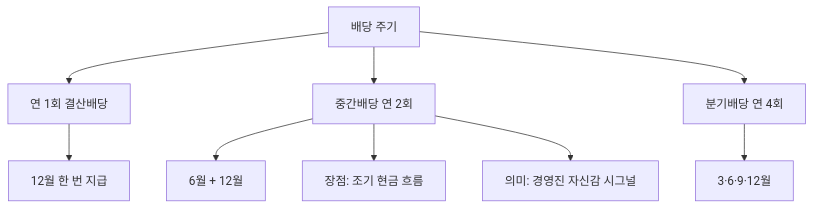
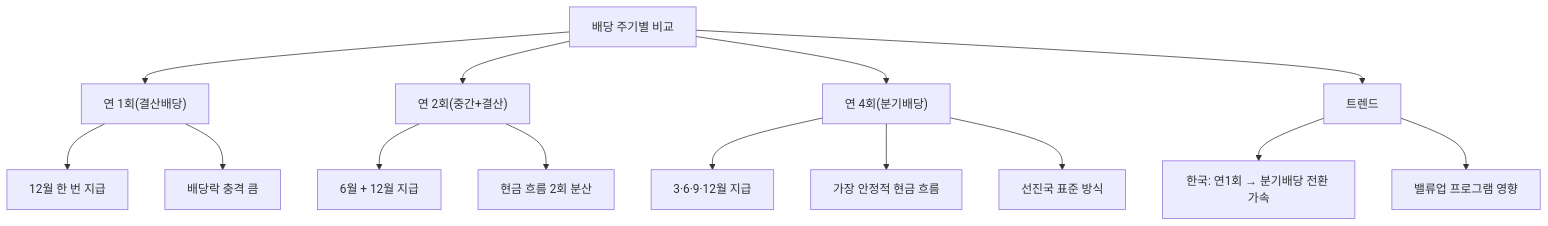
Before and after one commit to yeongseon/stock-visual-note: the diagram in content/stock-terms/ko/level-06-events/interim-dividend.md, drawn with Mermaid. The commit also changed other lines of this file and 1 other file, not shown here.

Commit message:
content: rewrite ex-rights.md, interim-dividend.md — 증자 시나리오·분기배당 캘린더 확장, 13노드 Mermaid

````diff
--- a/content/stock-terms/ko/level-06-events/interim-dividend.md
+++ b/content/stock-terms/ko/level-06-events/interim-dividend.md
@@ -39,12 +47,17 @@
 ```mermaid
 graph TD
-    A["배당 주기"]
-    A --> B["연 1회 결산배당"]
-    A --> C["중간배당 연 2회"]
-    A --> D["분기배당 연 4회"]
+    A["배당 주기별 비교"]
+    A --> B["연 1회(결산배당)"]
+    A --> C["연 2회(중간+결산)"]
+    A --> D["연 4회(분기배당)"]
     B --> B1["12월 한 번 지급"]
-    C --> C1["6월 + 12월"]
-    D --> D1["3·6·9·12월"]
-    C --> E["장점: 조기 현금 흐름"]
-    C --> F["의미: 경영진 자신감 시그널"]
+    B --> B2["배당락 충격 큼"]
+    C --> C1["6월 + 12월 지급"]
+    C --> C2["현금 흐름 2회 분산"]
+    D --> D1["3·6·9·12월 지급"]
+    D --> D2["가장 안정적 현금 흐름"]
+    D --> D3["선진국 표준 방식"]
+    A --> E["트렌드"]
+    E --> E1["한국: 연1회 → 분기배당 전환 가속"]
+    E --> E2["밸류업 프로그램 영향"]
 ```
````
